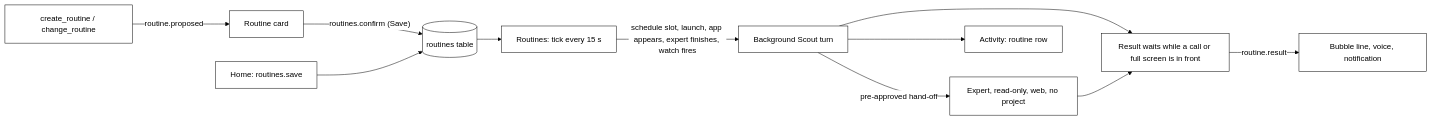
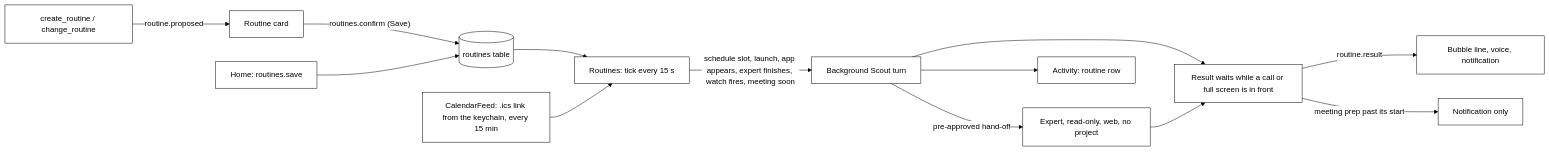
Before and after one commit to nadeem4/tagalong: the sixth of 16 diagrams in docs/architecture.md, drawn with Mermaid. The commit also changed other lines of this file and 34 other files, not shown here.

First line of the commit message:
feat: meeting prep before each meeting, from a secret .ics link kept in the keychain (#100)

````diff
--- a/docs/architecture.md
+++ b/docs/architecture.md
@@ -607,14 +608,16 @@
 ```mermaid
 %%{init: {'theme': 'base', 'themeVariables': {'primaryColor': '#ffffff', 'primaryTextColor': '#000000', 'primaryBorderColor': '#000000', 'lineColor': '#000000'}}}%%
 flowchart LR
   C["create_routine / change_routine"] -- "routine.proposed" --> K["Routine card"]
   K -- "routines.confirm (Save)" --> S[(routines table)]
   H["Home: routines.save"] --> S
   S --> R["Routines: tick every 15 s"]
-  R -- "schedule slot, launch, app appears, expert finishes, watch fires" --> T["Background Scout turn"]
+  F["CalendarFeed: .ics link from the keychain, every 15 min"] --> R
+  R -- "schedule slot, launch, app appears, expert finishes, watch fires, meeting soon" --> T["Background Scout turn"]
   T -- "pre-approved hand-off" --> E["Expert, read-only, web, no project"]
   T --> Q["Result waits while a call or full screen is in front"]
   E --> Q
   Q -- "routine.result" --> B["Bubble line, voice, notification"]
+  Q -- "meeting prep past its start" --> N["Notification only"]
   T --> A["Activity: routine row"]
 ```
````
